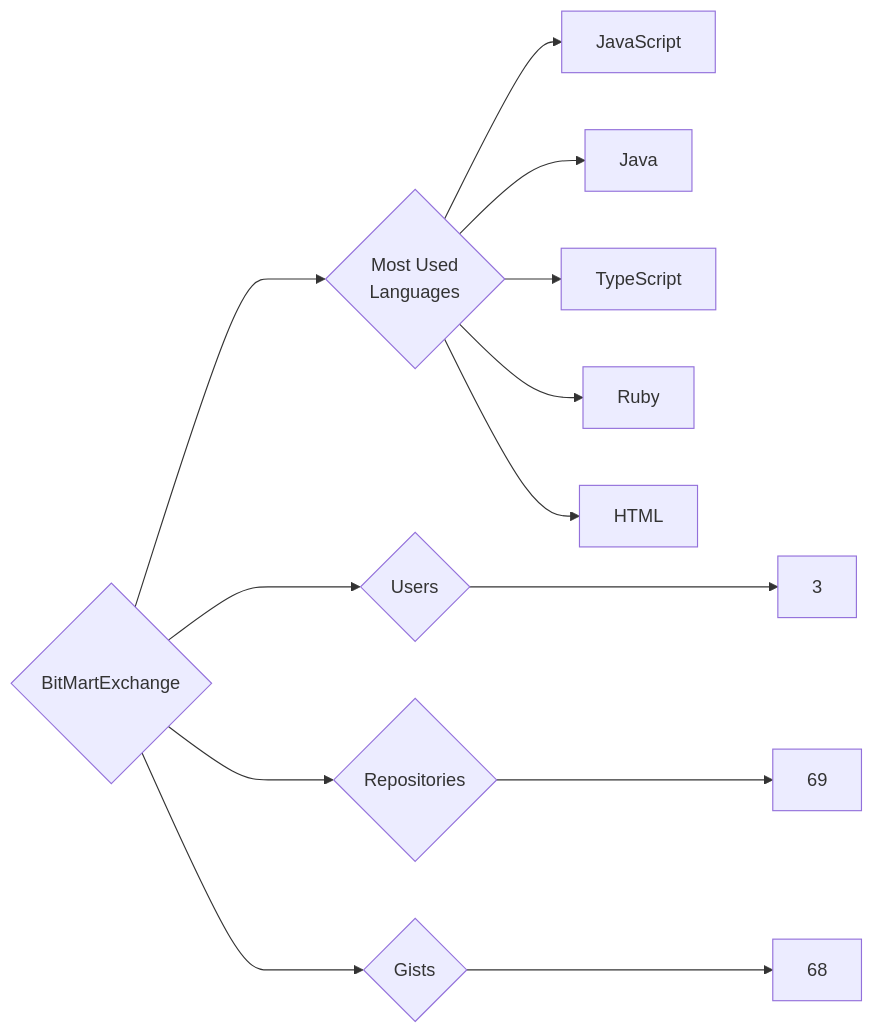
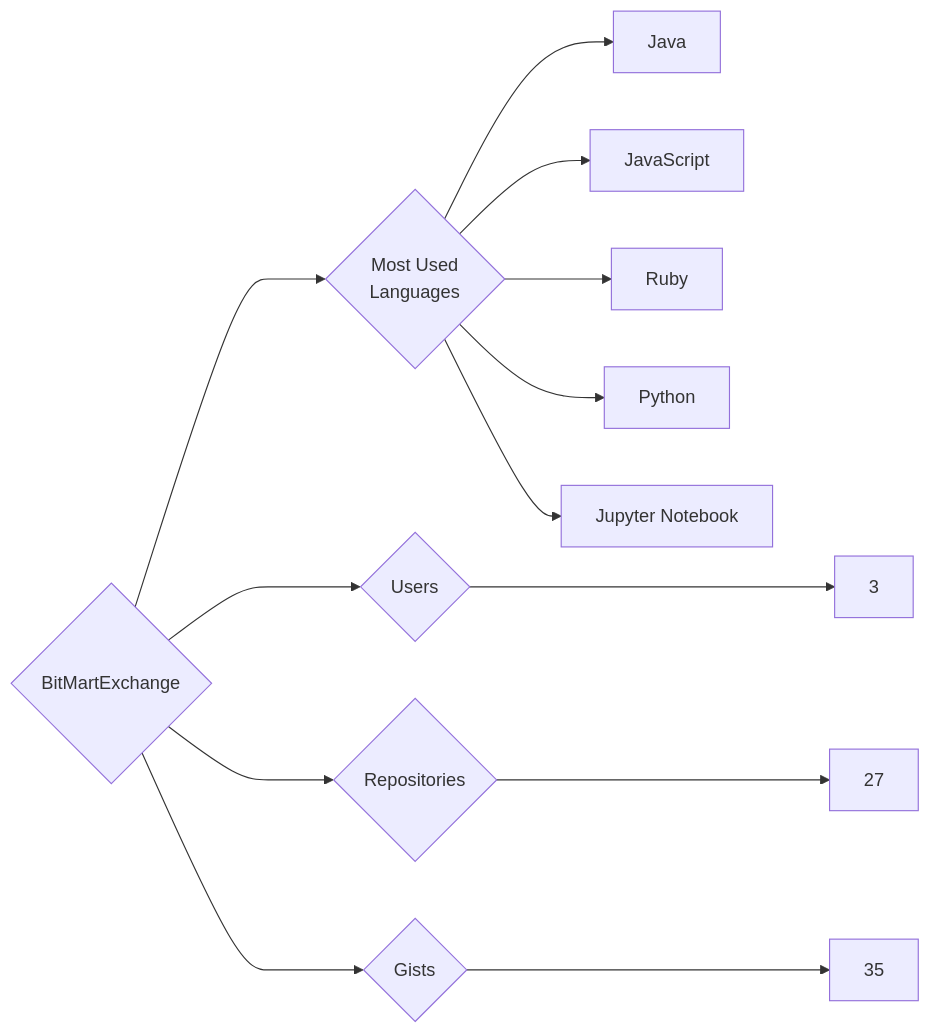
One commit to trickest/insiders changed the diagram in targets/BitMartExchange/README.md. Above: the diagram before and after it, drawn with Mermaid. The commit also changed 912 other files, not shown here.

````diff
--- a/targets/BitMartExchange/README.md
+++ b/targets/BitMartExchange/README.md
@@ -3,13 +3,13 @@
 ```mermaid
 graph LR
 COMPANY_NAME{BitMartExchange}
 COMPANY_NAME ---> U{Users} ---> UN[3]
-COMPANY_NAME ---> R{Repositories} ---> RN[69]
-COMPANY_NAME ---> G{Gists} ---> GN[68]
+COMPANY_NAME ---> R{Repositories} ---> RN[27]
+COMPANY_NAME ---> G{Gists} ---> GN[35]
 COMPANY_NAME ---> ML{Most Used<br>Languages}
+ML --> Java[Java]
 ML --> JavaScript[JavaScript]
-ML --> Java[Java]
-ML --> TypeScript[TypeScript]
 ML --> Ruby[Ruby]
-ML --> HTML[HTML]
+ML --> Python[Python]
+ML --> Jupyter_Notebook[Jupyter Notebook]
 ```
````
